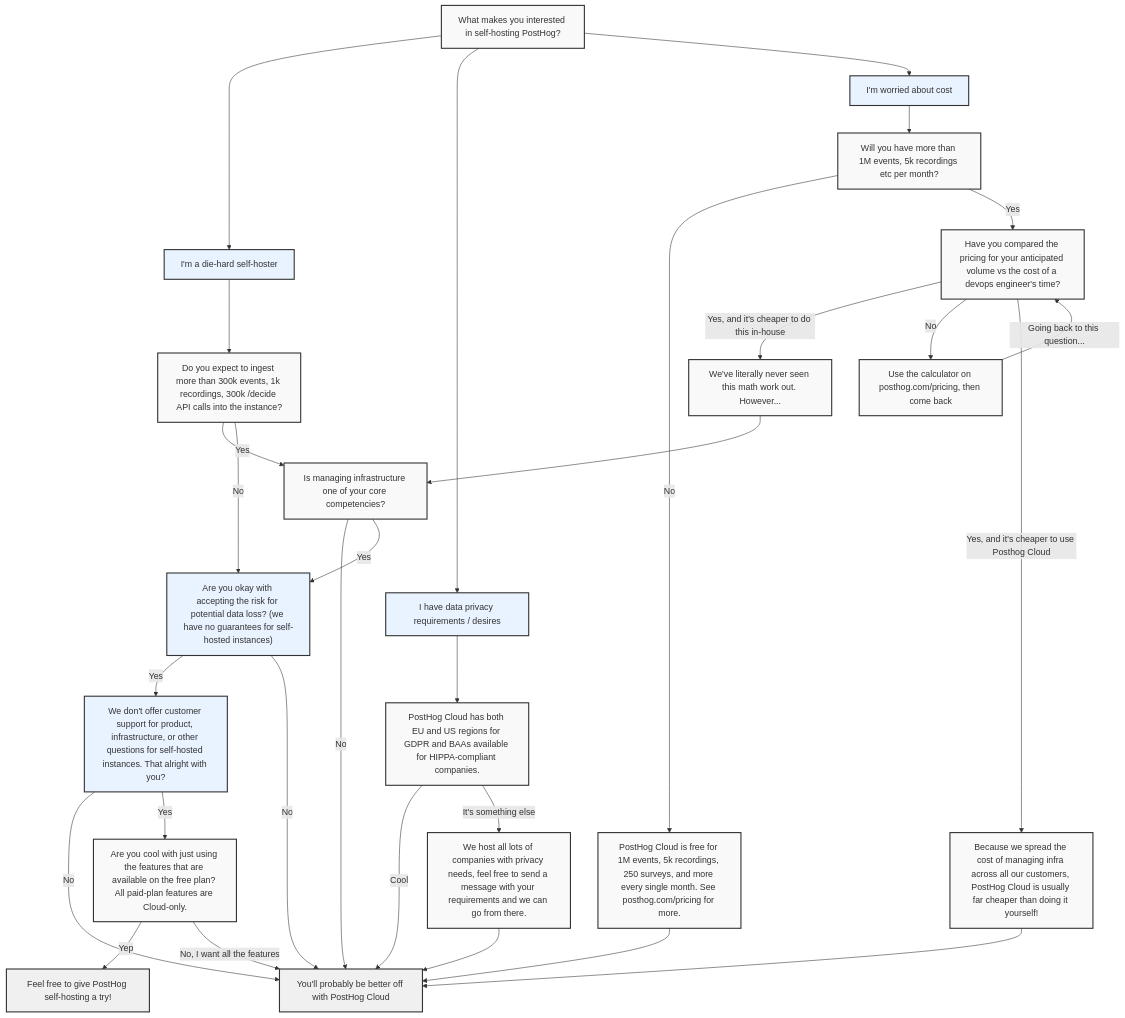
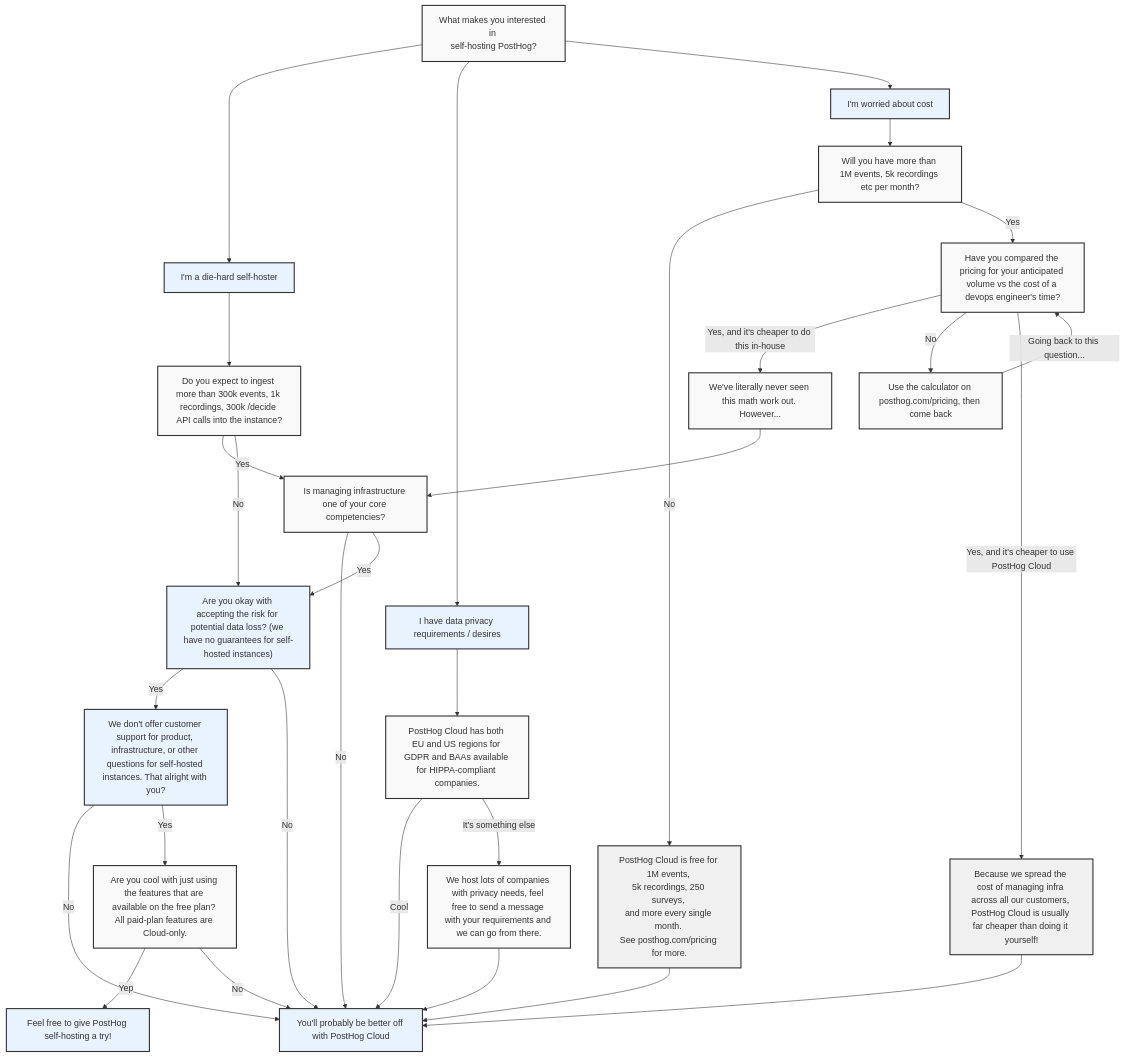
Before and after one commit to PostHog/posthog.com: the diagram in contents/docs/self-host/index.mdx, drawn with Mermaid.

Commit message:
try line breaks

````diff
--- a/contents/docs/self-host/index.mdx
+++ b/contents/docs/self-host/index.mdx
@@ -21,45 +21,39 @@
 ```mermaid
 flowchart TD
-    A@{ label: "I'm a die-hard self-hoster" } --> B["Do you expect to ingest more than 300k events, 1k recordings, 300k /decide API calls into the instance?"]
-    start["What makes you interested in self-hosting PostHog?"] --> A & privacy["I have data privacy requirements / desires"] & cost@{ label: "I'm worried about cost" }
-    cost --> events["Will you have more than 1M events, 5k recordings etc per month?"]
-    events -- No --> cloud_free["PostHog Cloud is free for 1M events, 5k recordings, 250 surveys, and more every single month. See posthog.com/pricing for more."]
-    cloud_free --> better_cloud@{ label: "You'll probably be better off with PostHog Cloud" }
+    start["What makes you interested in <br/>self-hosting PostHog?"] --> diehard["I'm a die-hard self-hoster"] & privacy["I have data privacy requirements / desires"] & worried["I'm worried about cost"]
+    diehard --> B["Do you expect to ingest more than 300k events, 1k recordings, 300k /decide API calls into the instance?"]
+    worried --> events["Will you have more than 1M events, 5k recordings etc per month?"]
+    events -- No --> cloud_free["`PostHog Cloud is free for 1M events, 
+5k recordings, 250 surveys, 
+and more every single month. 
+See posthog.com/pricing for more.`"]
+    cloud_free --> better_cloud["You'll probably be better off with PostHog Cloud"]
     privacy --> gdpr["PostHog Cloud has both EU and US regions for GDPR and BAAs available for HIPPA-compliant companies."]
     gdpr -- Cool --> better_cloud
     B -- Yes --> infra["Is managing infrastructure one of your core competencies?"]
     B -- No --> risk["Are you okay with accepting the risk for potential data loss? (we have no guarantees for self-hosted instances)"]
     infra -- No --> better_cloud
-    events -- Yes --> pricing@{ label: "Have you compared the pricing for your anticipated volume vs the cost of a devops engineer's time?" }
-    pricing -- "Yes, and it's cheaper to do this in-house" --> doubt@{ label: "We've literally never seen this math work out. However..." }
+    events -- Yes --> pricing["Have you compared the pricing for your anticipated volume vs the cost of a devops engineer's time?"]
+    pricing -- "Yes, and it's cheaper to do this in-house" --> doubt["We've literally never seen this math work out. However..."]
     doubt --> infra
-    gdpr -- It's something else --> other_privacy["We host all lots of companies with privacy needs, feel free to send a message with your requirements and we can go from there."]
+    gdpr -- It's something else --> other_privacy["We host lots of companies with privacy needs, feel free to send a message with your requirements and we can go from there."]
     other_privacy --> better_cloud
     pricing -- No --> calculator["Use the calculator on posthog.com/pricing, then come back"]
     calculator -- "Going back to this question..." --> pricing
-    pricing -- Yes, and it's cheaper to use Posthog Cloud --> cloud_cheaper["Because we spread the cost of managing infra across all our customers, PostHog Cloud is usually far cheaper than doing it yourself!"]
+    pricing -- "Yes, and it's cheaper to use PostHog Cloud" --> cloud_cheaper["Because we spread the cost of managing infra across all our customers, PostHog Cloud is usually far cheaper than doing it yourself!"]
     cloud_cheaper --> better_cloud
     infra -- Yes --> risk
-    risk -- Yes --> support@{ label: "We don't offer customer support for product, infrastructure, or other questions for self-hosted instances. That alright with you?" }
+    risk -- Yes --> support["We don't offer customer support for product, infrastructure, or other questions for self-hosted instances. That alright with you?"]
     support -- No --> better_cloud
     support -- Yes --> features["Are you cool with just using the features that are available on the free plan? All paid-plan features are Cloud-only."]
     features -- Yep --> try_it["Feel free to give PostHog self-hosting a try!"]
-    features -- No, I want all the features --> better_cloud
+    features -- No --> better_cloud
     risk -- No --> better_cloud
-    A@{ shape: rect}
-    cost@{ shape: rect}
-    better_cloud@{ shape: rect}
-    pricing@{ shape: rect}
-    doubt@{ shape: rect}
-    support@{ shape: rect}
-     A:::decision
-     privacy:::decision
-     cost:::decision
-     better_cloud:::endpoint
-     risk:::decision
-     support:::decision
-     try_it:::endpoint
+
     classDef default fill:#f9f9f9,stroke:#333,stroke-width:2px
     classDef decision fill:#e9f2ff,stroke:#333,stroke-width:2px
     classDef endpoint fill:#f0f0f0,stroke:#333,stroke-width:2px
+
+    class diehard,privacy,worried,better_cloud,risk,support,try_it decision
+    class cloud_free,cloud_cheaper endpoint
 ```
````
